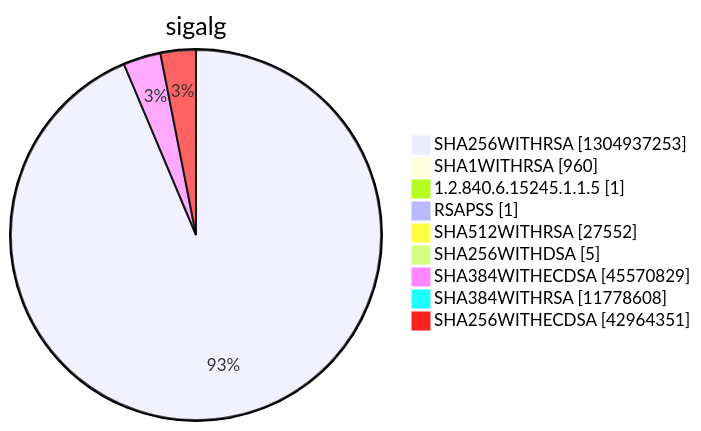
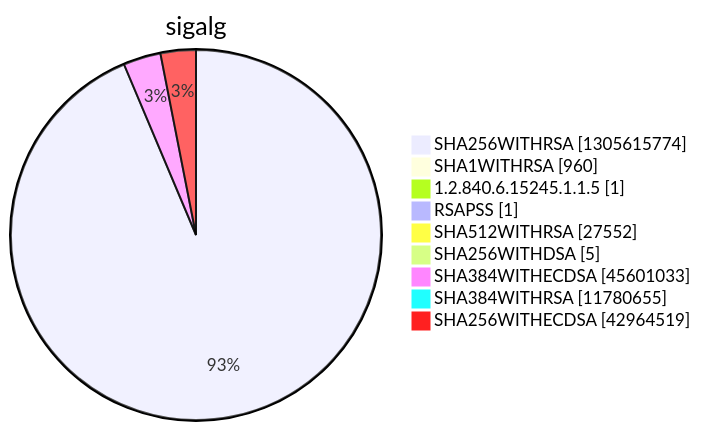
Before and after one commit to christiankrug/ctmonitor_visualization: diagram 15 of 15 in argon2022/README.md, drawn with Mermaid. The commit also changed other lines of this file, not shown here.

````diff
--- a/argon2022/README.md
+++ b/argon2022/README.md
@@ -5523,13 +5523,13 @@
 ```mermaid
 pie showData
 title sigalg
-"SHA256WITHRSA" :1304937253
+"SHA256WITHRSA" :1305615774
 "SHA1WITHRSA" :960
 "1.2.840.6.15245.1.1.5" :1
 "RSAPSS" :1
 "SHA512WITHRSA" :27552
 "SHA256WITHDSA" :5
-"SHA384WITHECDSA" :45570829
-"SHA384WITHRSA" :11778608
-"SHA256WITHECDSA" :42964351
+"SHA384WITHECDSA" :45601033
+"SHA384WITHRSA" :11780655
+"SHA256WITHECDSA" :42964519
 ```
````
